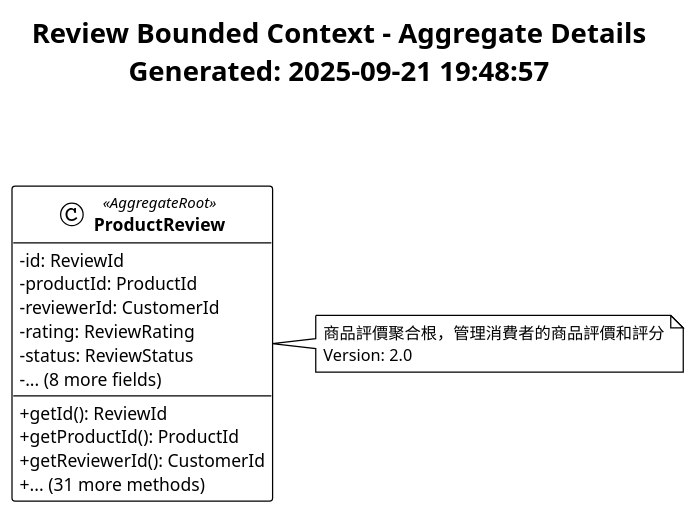
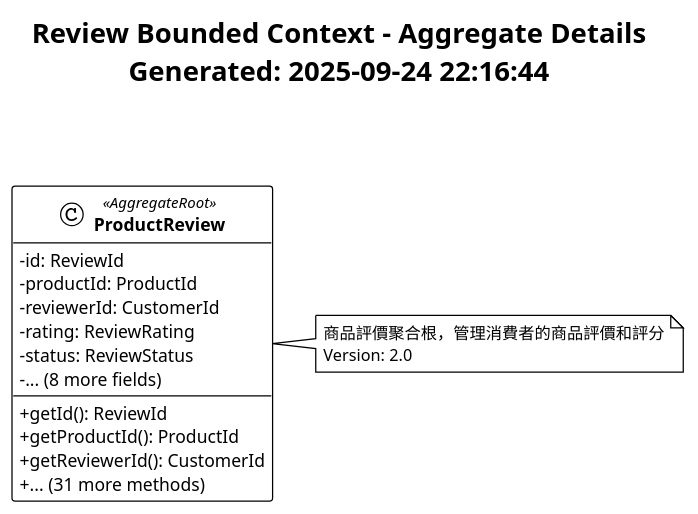
The diagram in docs/diagrams/viewpoints/functional/review-aggregate-details.puml (humank/genai-demo), drawn with PlantUML before and after one commit. The commit also changed 654 other files, not shown here.

```diff
--- a/docs/diagrams/viewpoints/functional/review-aggregate-details.puml
+++ b/docs/diagrams/viewpoints/functional/review-aggregate-details.puml
@@ -1,30 +1,30 @@
 @startuml Review Aggregate Details
 !theme plain
 skinparam classAttributeIconSize 0
 skinparam classFontStyle bold
 
-title Review Bounded Context - Aggregate Details\nGenerated: 2025-09-21 19:48:57\n\n
+title Review Bounded Context - Aggregate Details\nGenerated: 2025-09-24 22:16:44\n\n
 
 class ProductReview <<AggregateRoot>> {
   -id: ReviewId
   -productId: ProductId
   -reviewerId: CustomerId
   -rating: ReviewRating
   -status: ReviewStatus
   -... (8 more fields)
   --
   +getId(): ReviewId
   +getProductId(): ProductId
   +getReviewerId(): CustomerId
   +... (31 more methods)
 }
 
 note right of ProductReview
   商品評價聚合根，管理消費者的商品評價和評分
   Version: 2.0
 end note
 
 
 ' Relationships
 
 @enduml
```
